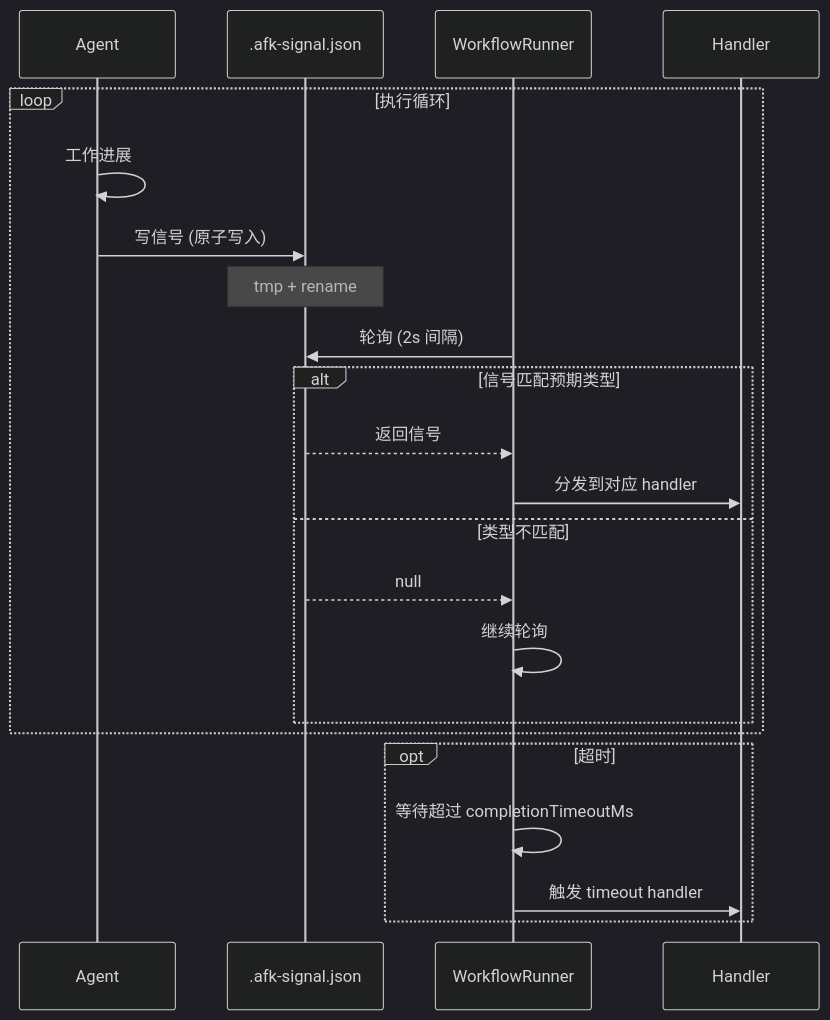
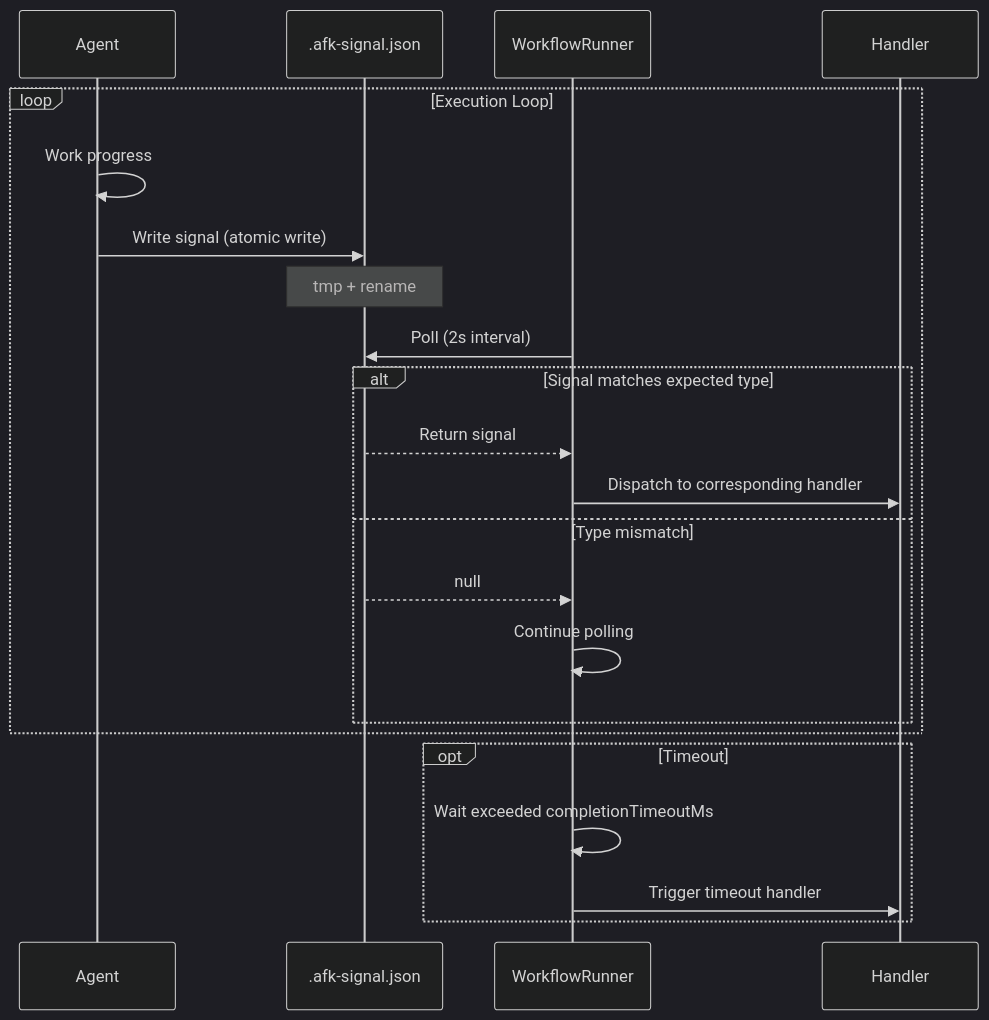
The fourth of 11 diagrams in docs/ARCHITECTURE.md (easyhaloo/afk), drawn with Mermaid (dark theme) before and after one commit. The commit also changed other lines of this file, not shown here.

Commit message:
docs: add English ARCHITECTURE.md

````diff
--- a/docs/ARCHITECTURE.md
+++ b/docs/ARCHITECTURE.md
@@ -255,27 +255,27 @@
 ```mermaid
 sequenceDiagram
     participant A as Agent
     participant FS as .afk-signal.json
     participant R as WorkflowRunner
     participant H as Handler
 
-    loop 执行循环
-        A->>A: 工作进展
-        A->>FS: 写信号 (原子写入)
+    loop Execution Loop
+        A->>A: Work progress
+        A->>FS: Write signal (atomic write)
         Note over FS: tmp + rename
 
-        R->>FS: 轮询 (2s 间隔)
-        alt 信号匹配预期类型
-            FS-->>R: 返回信号
-            R->>H: 分发到对应 handler
-        else 类型不匹配
+        R->>FS: Poll (2s interval)
+        alt Signal matches expected type
+            FS-->>R: Return signal
+            R->>H: Dispatch to corresponding handler
+        else Type mismatch
             FS-->>R: null
-            R->>R: 继续轮询
+            R->>R: Continue polling
         end
     end
 
-    opt 超时
-        R->>R: 等待超过 completionTimeoutMs
-        R->>H: 触发 timeout handler
+    opt Timeout
+        R->>R: Wait exceeded completionTimeoutMs
+        R->>H: Trigger timeout handler
     end
 ```
````
